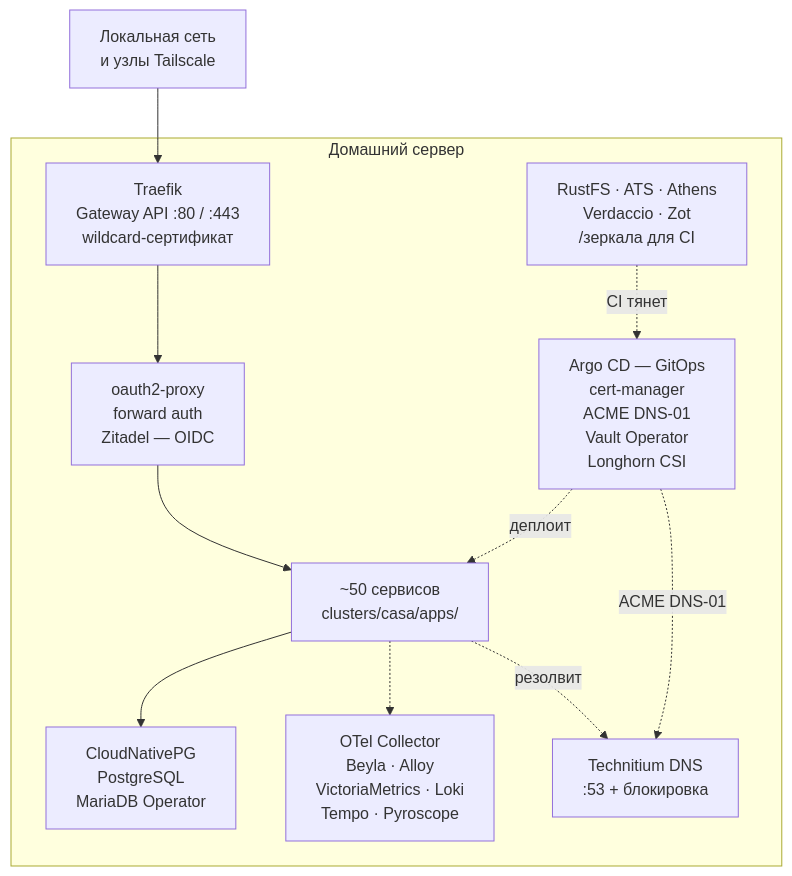
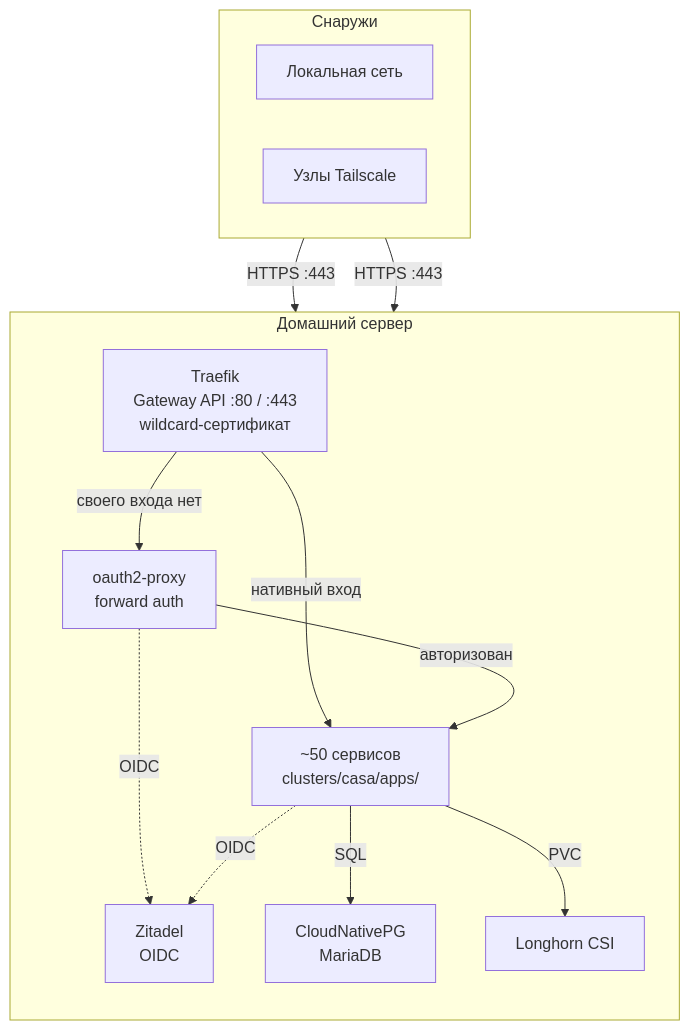
The diagram in README.ru.md (Artemiy111/homelab), drawn with Mermaid before and after one commit. The commit also changed other lines of this file and 1 other file, not shown here.

Commit message:
docs(readme): simplify architecture diagram to the request path (#996)

````diff
--- a/README.ru.md
+++ b/README.ru.md
@@ -32,25 +32,28 @@
 ```mermaid
 flowchart TB
-    CLIENTS["Локальная сеть<br/>и узлы Tailscale"]
+    subgraph outside["Снаружи"]
+        direction LR
+        LAN["Локальная сеть"]
+        TS["Узлы Tailscale"]
+    end
 
     subgraph host["Домашний сервер"]
+        direction TB
         EDGE["Traefik<br/>Gateway API :80 / :443<br/>wildcard-сертификат"]
-        AUTH["oauth2-proxy<br/>forward auth<br/>Zitadel — OIDC"]
+        AUTH["oauth2-proxy<br/>forward auth"]
         APPS["~50 сервисов<br/>clusters/casa/apps/"]
-        OPS["Argo CD — GitOps<br/>cert-manager<br/>ACME DNS-01<br/>Vault Operator<br/>Longhorn CSI"]
-        DATA["CloudNativePG<br/>PostgreSQL<br/>MariaDB Operator"]
-        OBS["OTel Collector<br/>Beyla · Alloy<br/>VictoriaMetrics · Loki<br/>Tempo · Pyroscope"]
-        CACHE["RustFS · ATS · Athens<br/>Verdaccio · Zot<br>/зеркала для CI"]
-        DNS["Technitium DNS<br/>:53 + блокировка"]
+        ZIT["Zitadel<br/>OIDC"]
+        DATA["CloudNativePG<br/>MariaDB"]
+        STORE["Longhorn CSI"]
     end
 
-    CLIENTS --> EDGE
-    EDGE --> AUTH
-    AUTH --> APPS
-    CACHE -.->|CI тянет| OPS
-    OPS -.->|деплоит| APPS
-    OPS -.->|ACME DNS-01| DNS
-    APPS --> DATA
-    APPS -.-> OBS
-    APPS -.->|резолвит| DNS
+    LAN -->|HTTPS :443| EDGE
+    TS -->|HTTPS :443| EDGE
+    EDGE -->|нативный вход| APPS
+    EDGE -->|своего входа нет| AUTH
+    AUTH -->|авторизован| APPS
+    AUTH -.->|OIDC| ZIT
+    APPS -.->|OIDC| ZIT
+    APPS -->|SQL| DATA
+    APPS -->|PVC| STORE
 ```
````
